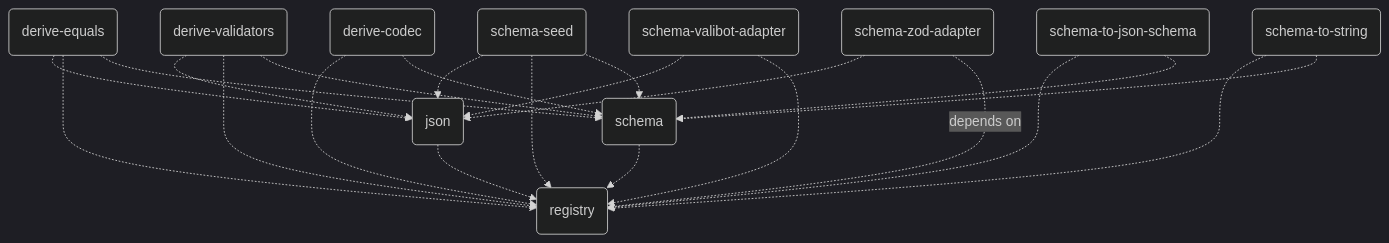
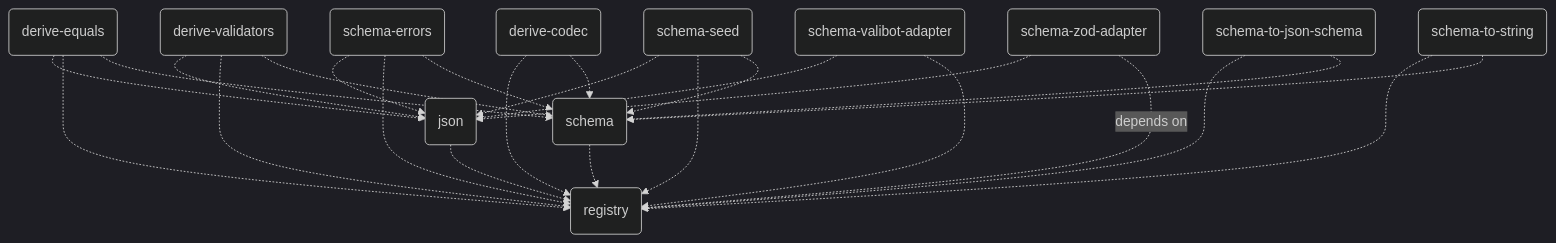
Before and after one commit to traversable/schema: the diagram in README.md, drawn with Mermaid (dark theme). The commit also changed 53 other files, not shown here.

Commit message:
feat(errors): adds `schema-errors` package with property tests

````diff
--- a/README.md
+++ b/README.md
@@ -383,25 +383,28 @@
 ```mermaid
 flowchart TD
     registry(registry)
     json(json) -.-> registry(registry)
     schema(schema) -.-> registry(registry)
     derive-codec(derive-codec) -.-> registry(registry)
     derive-codec(derive-codec) -.-> schema(schema)
     derive-equals(derive-equals) -.-> json(json)
     derive-equals(derive-equals) -.-> registry(registry)
     derive-equals(derive-equals) -.-> schema(schema)
     derive-validators(derive-validators) -.-> json(json)
     derive-validators(derive-validators) -.-> registry(registry)
     derive-validators(derive-validators) -.-> schema(schema)
+    schema-errors(schema-errors) -.-> json(json)
+    schema-errors(schema-errors) -.-> registry(registry)
+    schema-errors(schema-errors) -.-> schema(schema)
     schema-seed(schema-seed) -.-> json(json)
     schema-seed(schema-seed) -.-> registry(registry)
     schema-seed(schema-seed) -.-> schema(schema)
     schema-to-json-schema(schema-to-json-schema) -.-> registry(registry)
     schema-to-json-schema(schema-to-json-schema) -.-> schema(schema)
     schema-to-string(schema-to-string) -.-> registry(registry)
     schema-to-string(schema-to-string) -.-> schema(schema)
     schema-valibot-adapter(schema-valibot-adapter) -.-> json(json)
     schema-valibot-adapter(schema-valibot-adapter) -.-> registry(registry)
     schema-zod-adapter(schema-zod-adapter) -.-> json(json)
     schema-zod-adapter(schema-zod-adapter) -.depends on.-> registry(registry)
 ```
````
